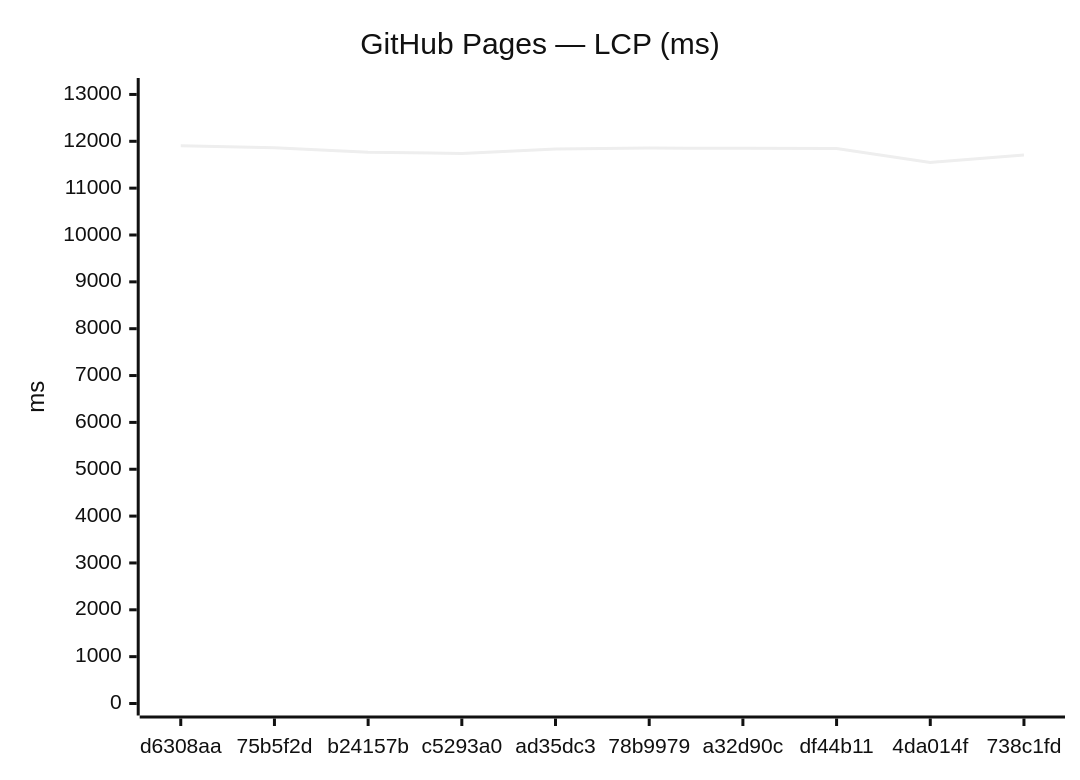
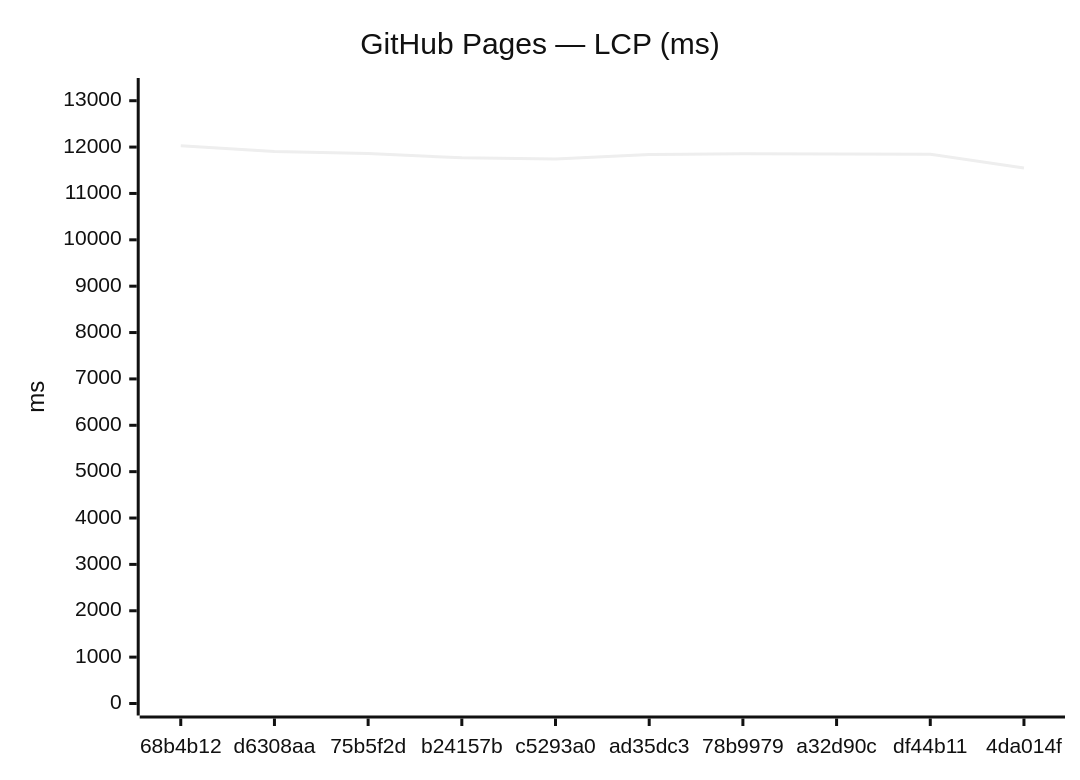
One commit to Metaheurist/Rianell changed the third of 24 diagrams in benchmarks/compare.md. Above: the diagram before and after it, drawn with Mermaid (neutral theme). The commit also changed other lines of this file and 14 other files, not shown here.

````diff
--- a/benchmarks/compare.md
+++ b/benchmarks/compare.md
@@ -54,7 +54,7 @@
 ```mermaid
 xychart-beta
     title "GitHub Pages — LCP (ms)"
-    x-axis ["d6308aa", "75b5f2d", "b24157b", "c5293a0", "ad35dc3", "78b9979", "a32d90c", "df44b11", "4da014f", "738c1fd"]
-    y-axis "ms" 0 --> 13095
-    line [11904, 11863, 11768, 11742, 11838, 11855, 11852, 11847, 11548, 11710]
+    x-axis ["68b4b12", "d6308aa", "75b5f2d", "b24157b", "c5293a0", "ad35dc3", "78b9979", "a32d90c", "df44b11", "4da014f"]
+    y-axis "ms" 0 --> 13231
+    line [12028, 11904, 11863, 11768, 11742, 11838, 11855, 11852, 11847, 11548]
 ```
````
